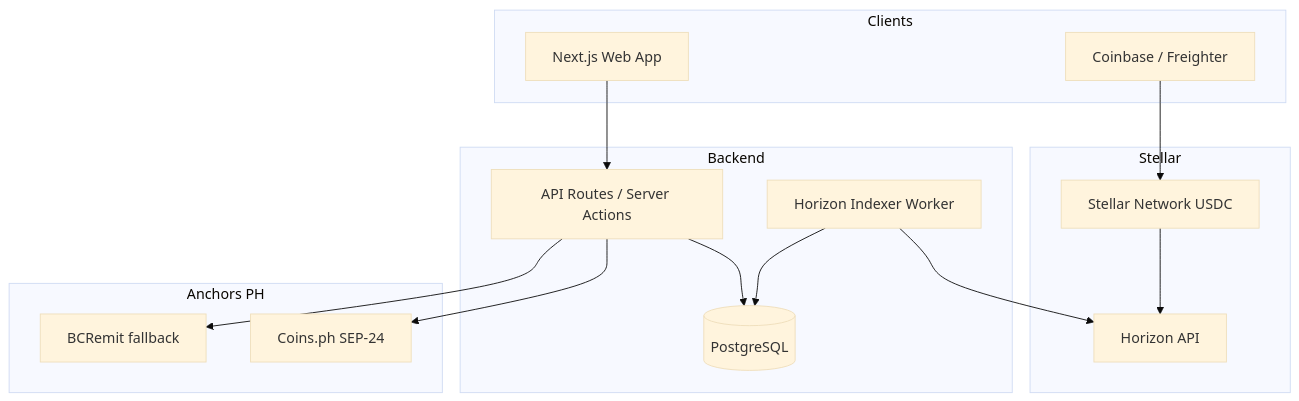
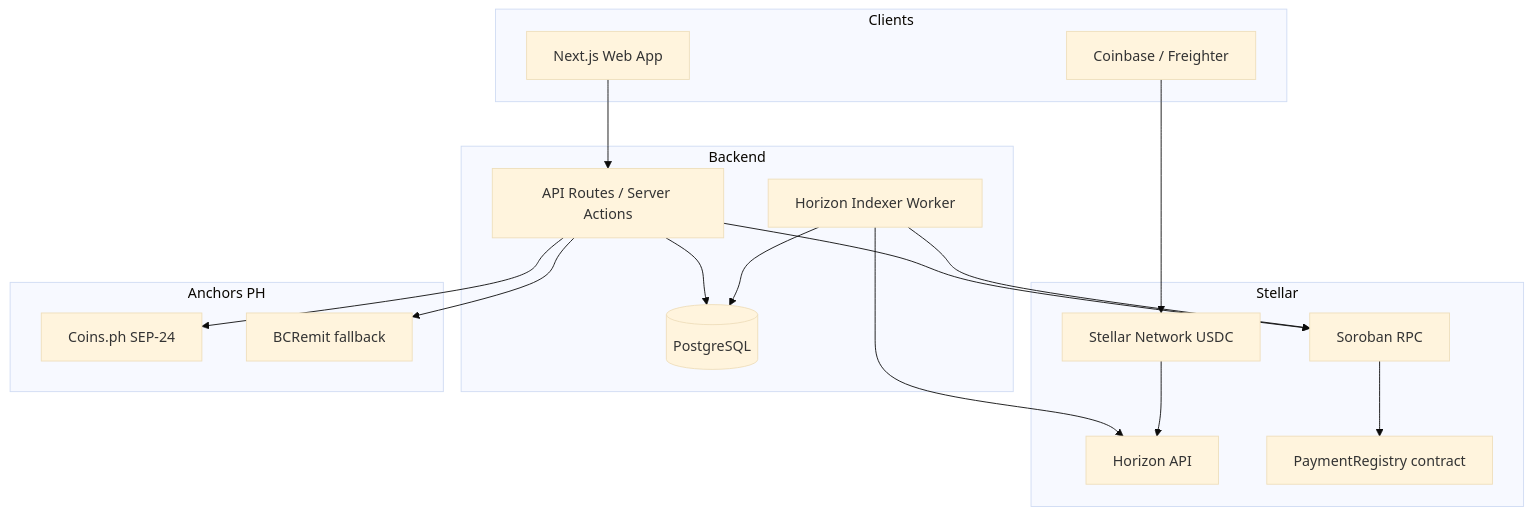
One commit to Axon-Enjin/syphus changed the diagram in docs/sdd-gig-payout.md. Above: the diagram before and after it, drawn with Mermaid (base theme). The commit also changed other lines of this file and 42 other files, not shown here.

First line of the commit message:
feat: integrate Soroban PaymentRegistry for on-chain payment attestation (PRD-F9)

````diff
--- a/docs/sdd-gig-payout.md
+++ b/docs/sdd-gig-payout.md
@@ -24,28 +24,33 @@
 ```mermaid
 flowchart TB
   subgraph clients [Clients]
     WebApp[Next.js Web App]
     ClientWallet[Coinbase / Freighter]
   end
   subgraph backend [Backend]
     API[API Routes / Server Actions]
     Worker[Horizon Indexer Worker]
     DB[(PostgreSQL)]
   end
   subgraph stellar [Stellar]
     Horizon[Horizon API]
+    SorobanRpc[Soroban RPC]
+    Registry[PaymentRegistry contract]
     Network[Stellar Network USDC]
   end
   subgraph anchors [Anchors PH]
     CoinsPh[Coins.ph SEP-24]
     BCRemit[BCRemit fallback]
   end
   WebApp --> API
   API --> DB
   Worker --> Horizon
   Worker --> DB
   ClientWallet --> Network
   Network --> Horizon
+  API --> SorobanRpc
+  SorobanRpc --> Registry
+  Worker --> SorobanRpc
   API --> CoinsPh
   API --> BCRemit
 ```
````
